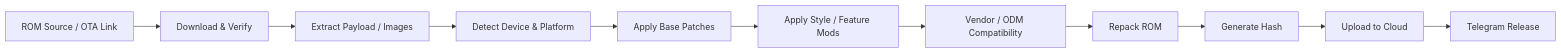
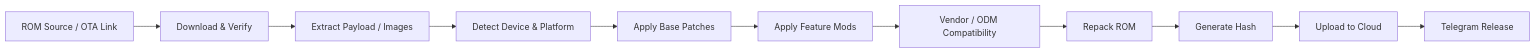
The diagram in README.md (hypermezo4-create/hypermezo4-create), drawn with Mermaid before and after one commit. The commit also changed other lines of this file, not shown here.

````diff
--- a/README.md
+++ b/README.md
@@ -106,13 +68,13 @@
 ```mermaid
 flowchart LR
     A[ROM Source / OTA Link] --> B[Download & Verify]
     B --> C[Extract Payload / Images]
     C --> D[Detect Device & Platform]
     D --> E[Apply Base Patches]
-    E --> F[Apply Style / Feature Mods]
+    E --> F[Apply Feature Mods]
     F --> G[Vendor / ODM Compatibility]
     G --> H[Repack ROM]
     H --> I[Generate Hash]
     I --> J[Upload to Cloud]
     J --> K[Telegram Release]
 ```
````
